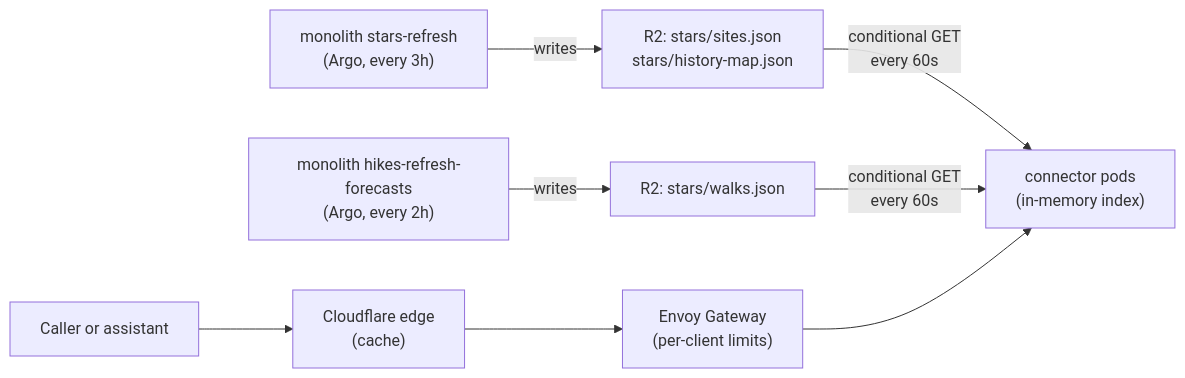
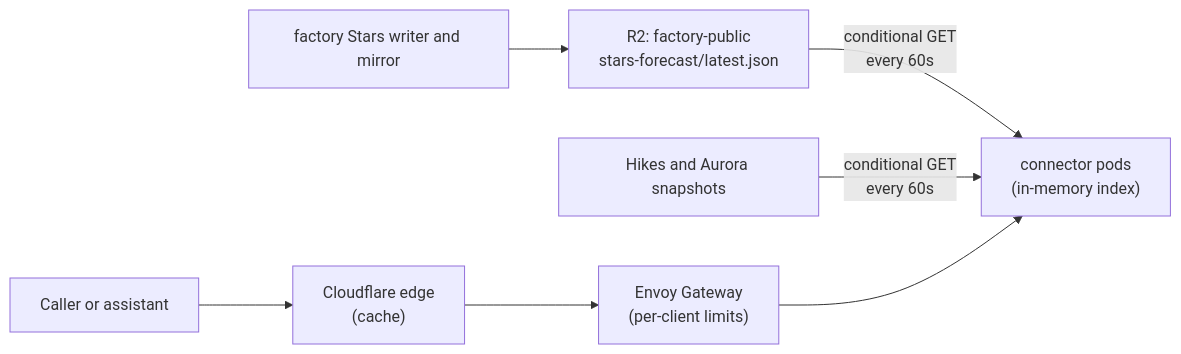
The diagram in projects/scotland-connector/ARCHITECTURE.md (jomcgi-org/homelab), drawn with Mermaid before and after one commit. The commit also changed other lines of this file and 8 other files, not shown here.

First line of the commit message:
feat(scotland): read Stars from the factory manifest

````diff
--- a/projects/scotland-connector/ARCHITECTURE.md
+++ b/projects/scotland-connector/ARCHITECTURE.md
@@ -87,8 +87,7 @@
 ```mermaid
 graph LR
-    J["monolith stars-refresh<br/>(Argo, every 3h)"] -->|writes| R2["R2: stars/sites.json<br/>stars/history-map.json"]
-    H["monolith hikes-refresh-forecasts<br/>(Argo, every 2h)"] -->|writes| W["R2: stars/walks.json"]
+    J["factory Stars writer and mirror"] --> R2["R2: factory-public<br/>stars-forecast/latest.json"]
     R2 -->|"conditional GET<br/>every 60s"| P["connector pods<br/>(in-memory index)"]
-    W -->|"conditional GET<br/>every 60s"| P
+    W["Hikes and Aurora snapshots"] -->|"conditional GET<br/>every 60s"| P
     C["Caller or assistant"] --> CF["Cloudflare edge<br/>(cache)"] --> E["Envoy Gateway<br/>(per-client limits)"] --> P
 ```
````
